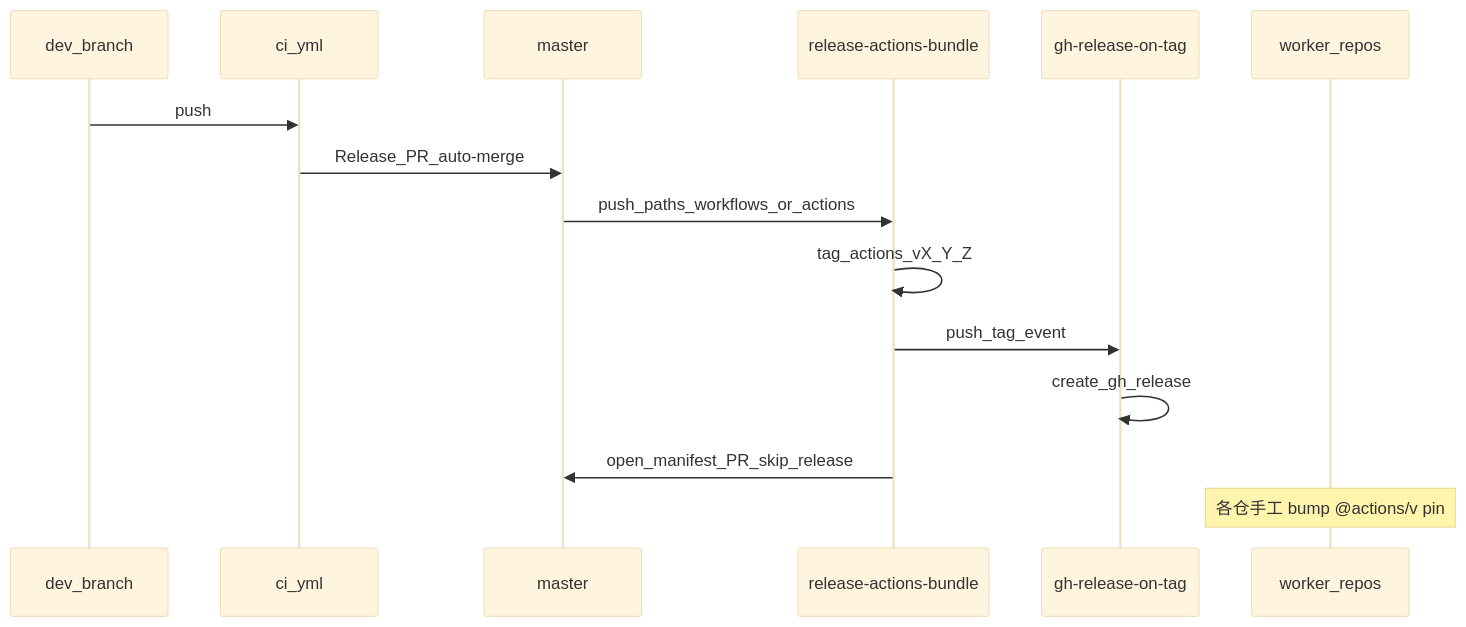
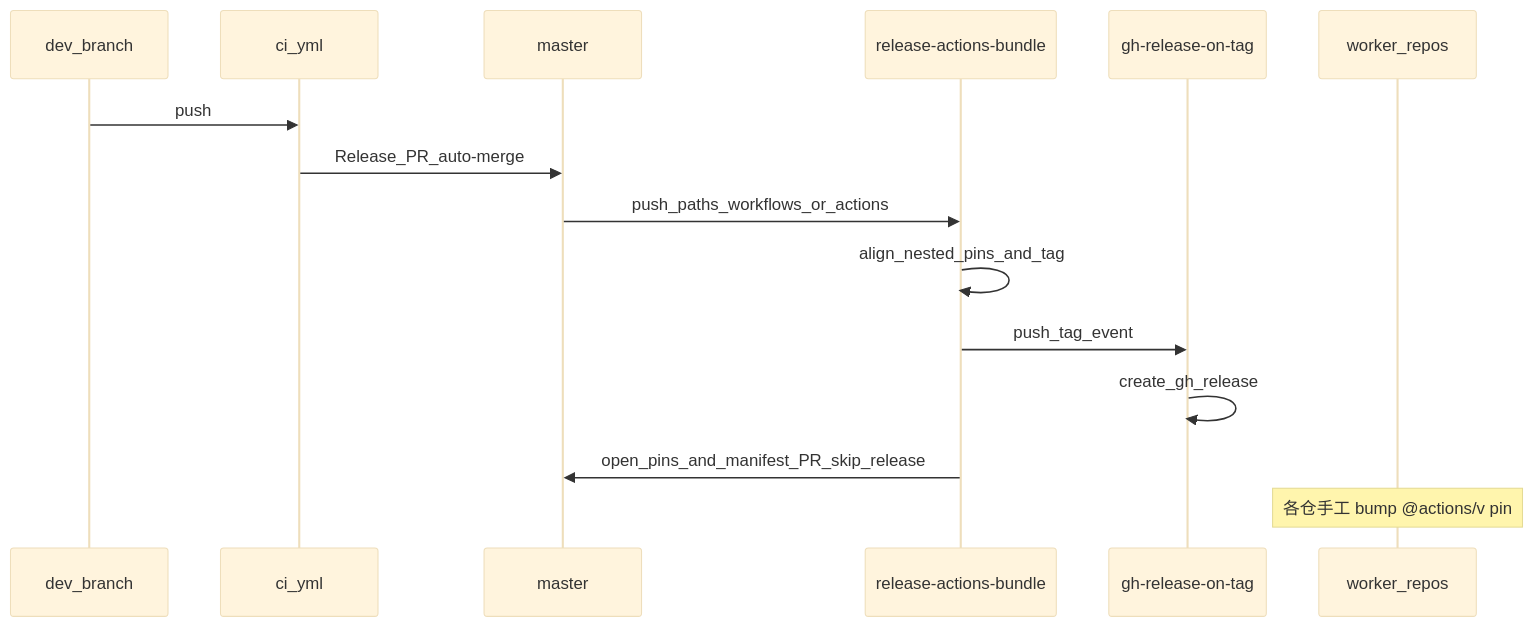
Before and after one commit to workers-world/worker-actions: diagram 16 of 18 in docs/actions-workflows.md, drawn with Mermaid (base theme). The commit also changed other lines of this file and 15 other files, not shown here.

First line of the commit message:
fix(release): align nested @actions pins at bundle release time (#66)

````diff
--- a/docs/actions-workflows.md
+++ b/docs/actions-workflows.md
@@ -335,18 +335,18 @@
 ```mermaid
 sequenceDiagram
   participant Dev as dev_branch
   participant CI as ci_yml
   participant Master as master
   participant Rel as release-actions-bundle
   participant GHR as gh-release-on-tag
   participant Consumers as worker_repos
 
   Dev->>CI: push
   CI->>Master: Release_PR_auto-merge
   Master->>Rel: push_paths_workflows_or_actions
-  Rel->>Rel: tag_actions_vX_Y_Z
+  Rel->>Rel: align_nested_pins_and_tag
   Rel->>GHR: push_tag_event
   GHR->>GHR: create_gh_release
-  Rel->>Master: open_manifest_PR_skip_release
+  Rel->>Master: open_pins_and_manifest_PR_skip_release
   Note over Consumers: 各仓手工 bump @actions/v pin
 ```
````
